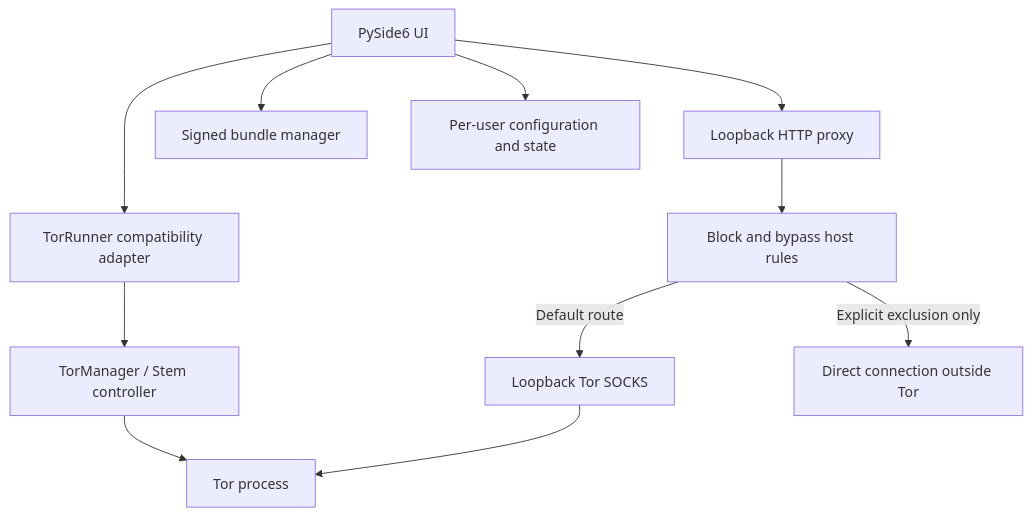
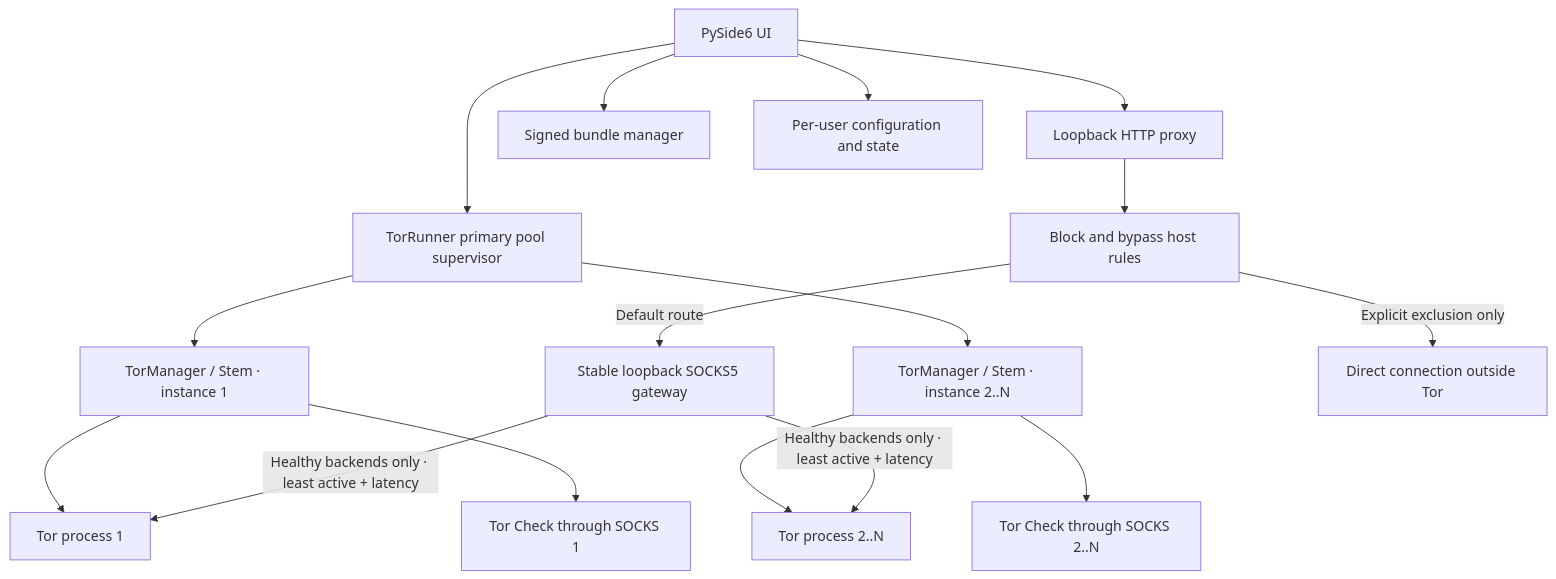
The diagram in README.md (nima-salamat/tor-proxy), drawn with Mermaid before and after one commit. The commit also changed other lines of this file and 9 other files, not shown here.

Commit message:
Add smart health-aware Tor instance routing

````diff
--- a/README.md
+++ b/README.md
@@ -26,13 +27,18 @@
 ```mermaid
 flowchart TD
-    UI[PySide6 UI] --> Supervisor[TorRunner compatibility adapter]
-    Supervisor --> Manager[TorManager / Stem controller]
-    Manager --> Tor[Tor process]
+    UI[PySide6 UI] --> Supervisor[TorRunner primary pool supervisor]
+    Supervisor --> M1[TorManager / Stem · instance 1]
+    Supervisor --> M2[TorManager / Stem · instance 2..N]
+    M1 --> T1[Tor process 1]
+    M2 --> T2[Tor process 2..N]
+    M1 --> H1[Tor Check through SOCKS 1]
+    M2 --> H2[Tor Check through SOCKS 2..N]
     UI --> LocalProxy[Loopback HTTP proxy]
     LocalProxy --> Policy[Block and bypass host rules]
-    Policy -->|Default route| Socks[Loopback Tor SOCKS]
-    Socks --> Tor
+    Policy -->|Default route| Gateway[Stable loopback SOCKS5 gateway]
+    Gateway -->|Healthy backends only · least active + latency| T1
+    Gateway -->|Healthy backends only · least active + latency| T2
     Policy -->|Explicit exclusion only| Direct[Direct connection outside Tor]
     UI --> Bundle[Signed bundle manager]
     UI --> Config[Per-user configuration and state]
 ```
````
